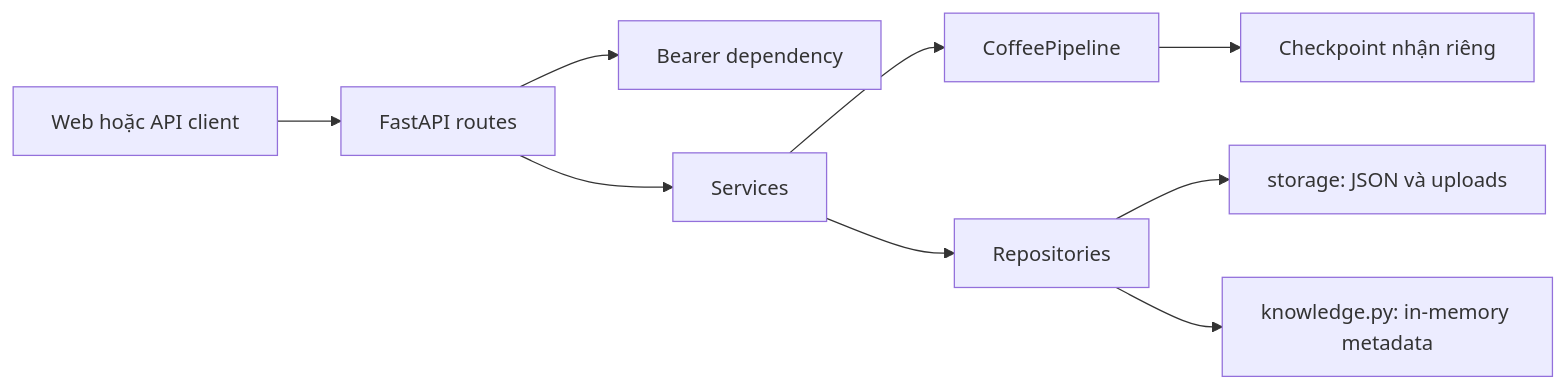
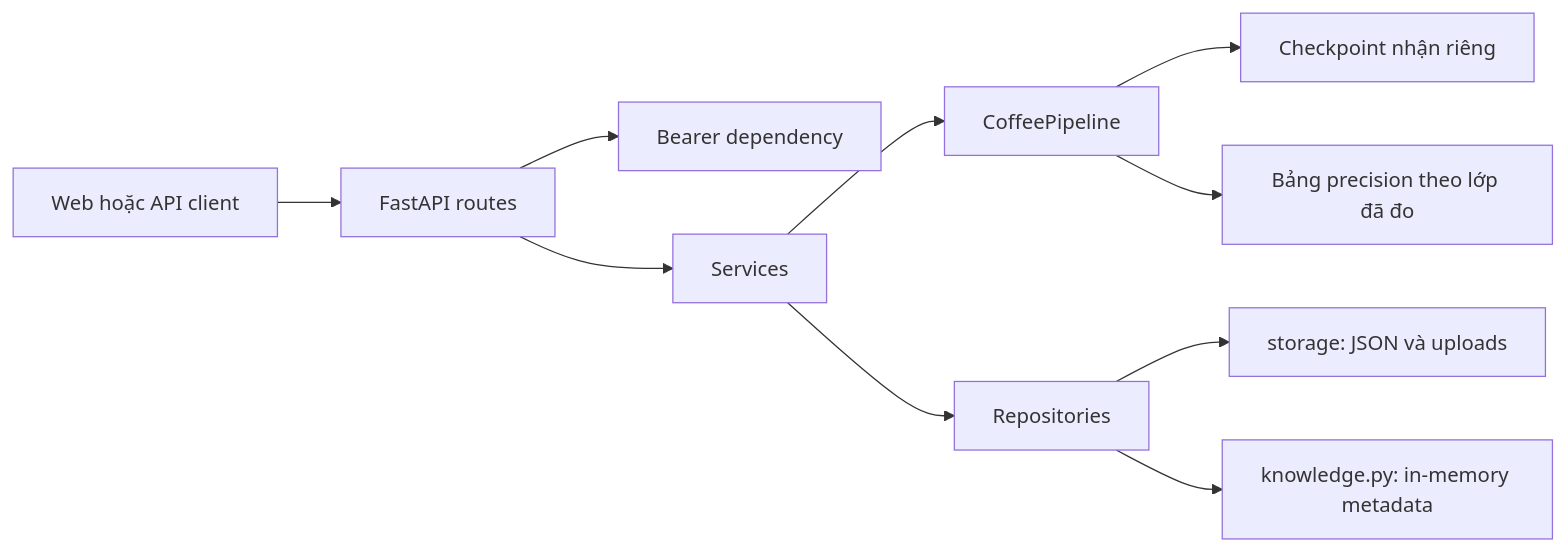
One commit to VKUNeMo/cafe-application changed the diagram in docs/architecture.md. Above: the diagram before and after it, drawn with Mermaid. The commit also changed other lines of this file and 24 other files, not shown here.

````diff
--- a/docs/architecture.md
+++ b/docs/architecture.md
@@ -3,11 +3,12 @@
 ```mermaid
 flowchart LR
     Client[Web hoặc API client] --> Routes[FastAPI routes]
     Routes --> Auth[Bearer dependency]
     Routes --> Services[Services]
     Services --> Inference[CoffeePipeline]
     Services --> Repositories[Repositories]
     Inference --> Models[Checkpoint nhận riêng]
+    Inference --> Precision[Bảng precision theo lớp đã đo]
     Repositories --> Storage[storage: JSON và uploads]
     Repositories --> Knowledge[knowledge.py: in-memory metadata]
 ```
````
